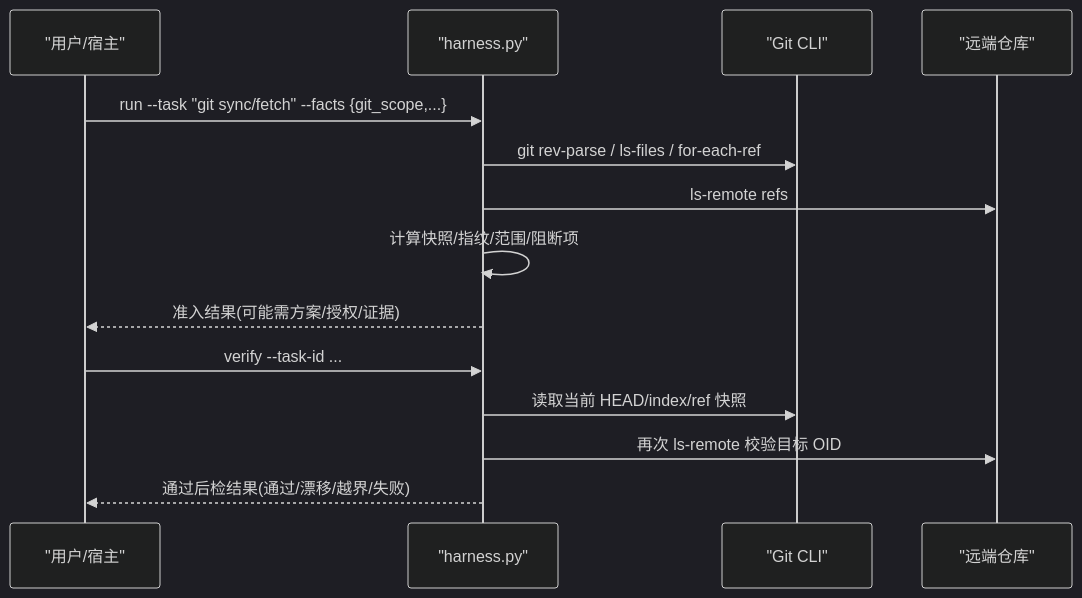
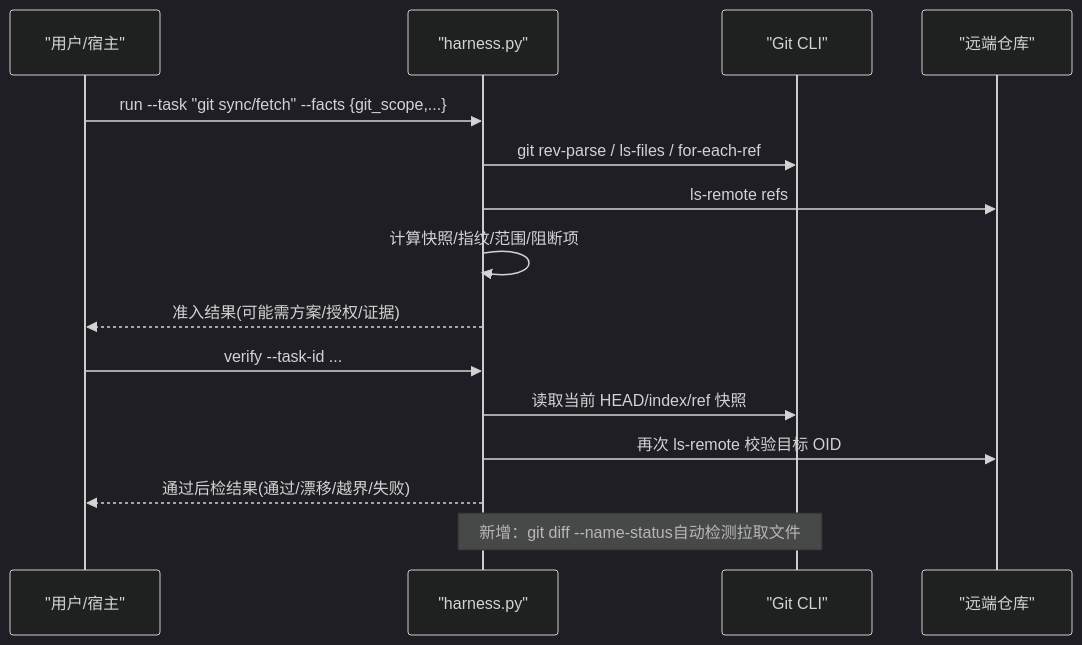
The second of 5 diagrams in .qoder/repowiki/zh/content/Git集成/版本控制集成/远程仓库同步.md (HackSing/docs-harness), drawn with Mermaid (dark theme) before and after one commit. The commit also changed other lines of this file and 40 other files, not shown here.

````diff
--- a/.qoder/repowiki/zh/content/Git集成/版本控制集成/远程仓库同步.md
+++ b/.qoder/repowiki/zh/content/Git集成/版本控制集成/远程仓库同步.md
@@ -71,16 +82,17 @@
 ```mermaid
 sequenceDiagram
 participant U as "用户/宿主"
 participant H as "harness.py"
 participant G as "Git CLI"
 participant R as "远端仓库"
 U->>H : run --task "git sync/fetch" --facts {git_scope,...}
 H->>G : git rev-parse / ls-files / for-each-ref
 H->>R : ls-remote refs
 H->>H : 计算快照/指纹/范围/阻断项
 H-->>U : 准入结果(可能需方案/授权/证据)
 U->>H : verify --task-id ...
 H->>G : 读取当前 HEAD/index/ref 快照
 H->>R : 再次 ls-remote 校验目标 OID
 H-->>U : 通过后检结果(通过/漂移/越界/失败)
+Note over H,G : 新增：git diff --name-status自动检测拉取文件
 ```
````
